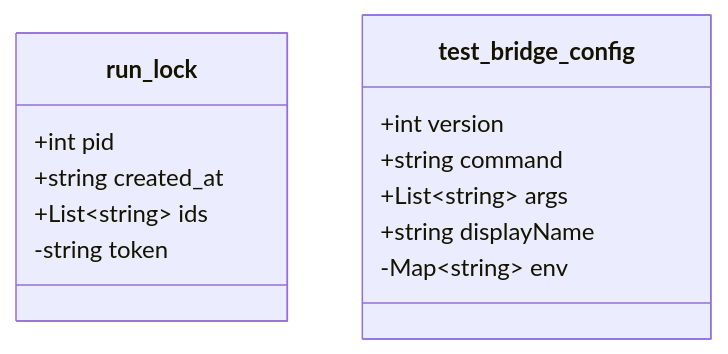
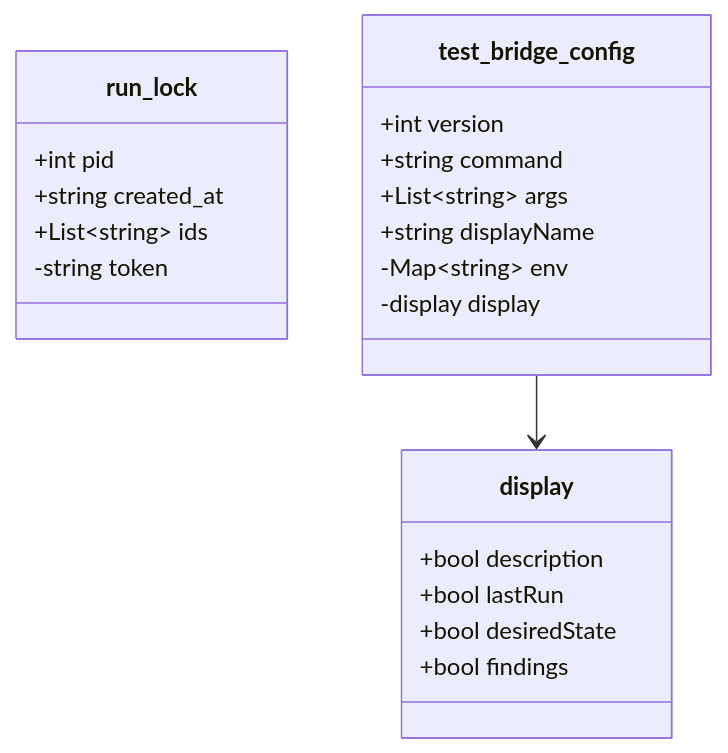
The fifth of 5 diagrams in docs/wire-schema.md (david-aggeler/keel), drawn with Mermaid before and after one commit. The commit also changed other lines of this file and 18 other files, not shown here.

Commit message:
cr-222 carry display toggles in test-bridge.json v4 and one migration ladder (keel/requirement-139)

````diff
--- a/docs/wire-schema.md
+++ b/docs/wire-schema.md
@@ -232,16 +232,24 @@
 ```mermaid
 classDiagram
     class run_lock {
         +int pid
         +string created_at
         +List~string~ ids
         -string token
     }
     class test_bridge_config {
         +int version
         +string command
         +List~string~ args
         +string displayName
         -Map~string~ env
+        -display display
     }
+    class display {
+        +bool description
+        +bool lastRun
+        +bool desiredState
+        +bool findings
+    }
+    test_bridge_config --> display
 ```
````
